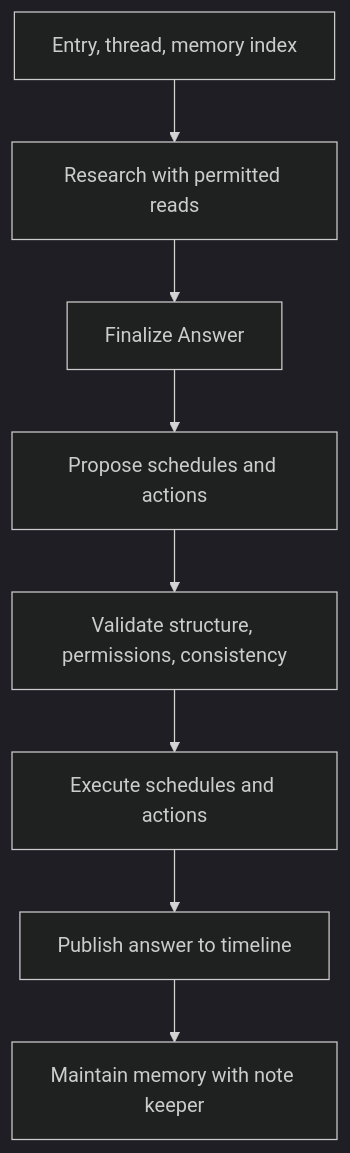
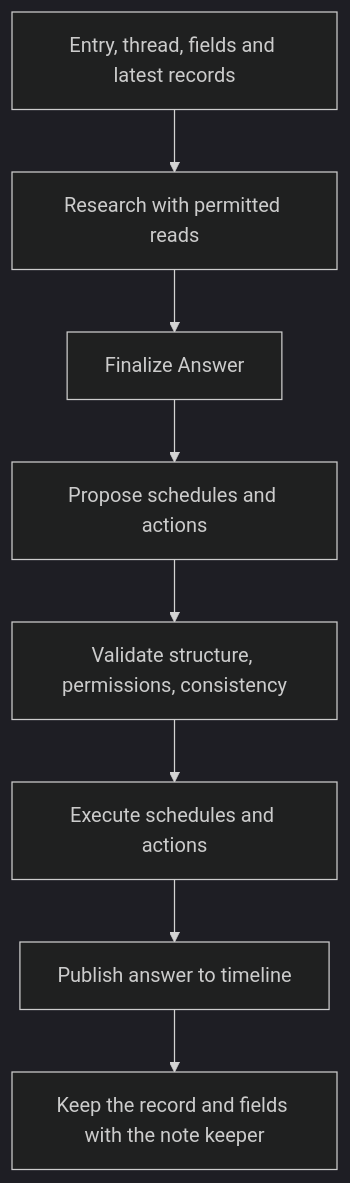
One commit to takeshy/kakeratta changed the diagram in docs/system/personas.md. Above: the diagram before and after it, drawn with Mermaid (dark theme). The commit also changed other lines of this file and 87 other files, not shown here.

First line of the commit message:
Keep persona memory as field summaries and kakera records

````diff
--- a/docs/system/personas.md
+++ b/docs/system/personas.md
@@ -84,10 +85,10 @@
 ```mermaid
 flowchart TD
-  Input[Entry, thread, memory index] --> Read[Research with permitted reads]
+  Input[Entry, thread, fields and latest records] --> Read[Research with permitted reads]
   Read --> Answer[Finalize Answer]
   Answer --> Phases[Propose schedules and actions]
   Phases --> Review[Validate structure, permissions, consistency]
   Review --> Execute[Execute schedules and actions]
   Execute --> Publish[Publish answer to timeline]
-  Publish --> Keeper[Maintain memory with note keeper]
+  Publish --> Keeper[Keep the record and fields with the note keeper]
 ```
````
